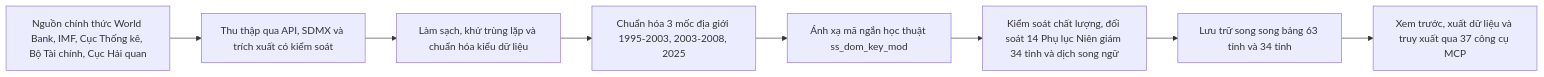
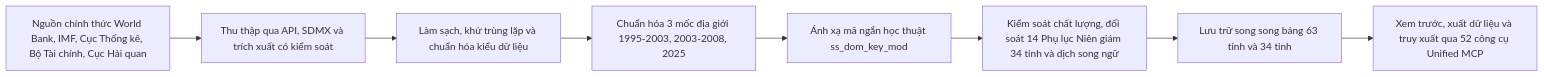
One commit to vietlod/docs changed the diagram in docs/ecodata/du-lieu/methodology.mdx. Above: the diagram before and after it, drawn with Mermaid. The commit also changed 41 other files, not shown here.

````diff
--- a/docs/ecodata/du-lieu/methodology.mdx
+++ b/docs/ecodata/du-lieu/methodology.mdx
@@ -39,10 +39,10 @@
 ```mermaid
 flowchart LR
   A["Nguồn chính thức World Bank, IMF, Cục Thống kê, Bộ Tài chính, Cục Hải quan"] --> B["Thu thập qua API, SDMX và trích xuất có kiểm soát"]
   B --> C["Làm sạch, khử trùng lặp và chuẩn hóa kiểu dữ liệu"]
   C --> D["Chuẩn hóa 3 mốc địa giới 1995-2003, 2003-2008, 2025"]
   D --> E["Ánh xạ mã ngắn học thuật ss_dom_key_mod"]
   E --> F["Kiểm soát chất lượng, đối soát 14 Phụ lục Niên giám 34 tỉnh và dịch song ngữ"]
   F --> G["Lưu trữ song song bảng 63 tỉnh và 34 tỉnh"]
-  G --> H["Xem trước, xuất dữ liệu và truy xuất qua 37 công cụ MCP"]
+  G --> H["Xem trước, xuất dữ liệu và truy xuất qua 52 công cụ Unified MCP"]
 ```
````
